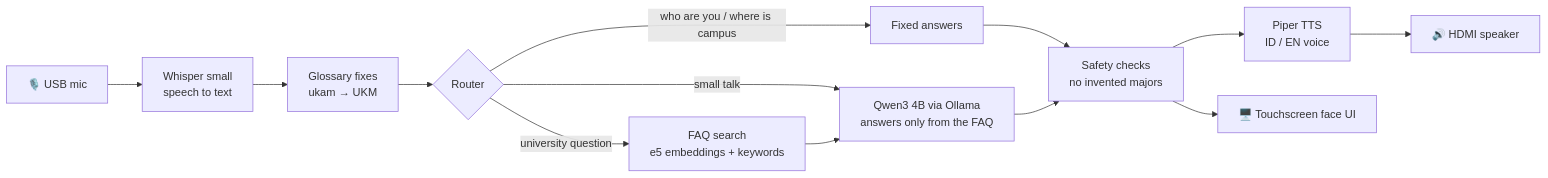
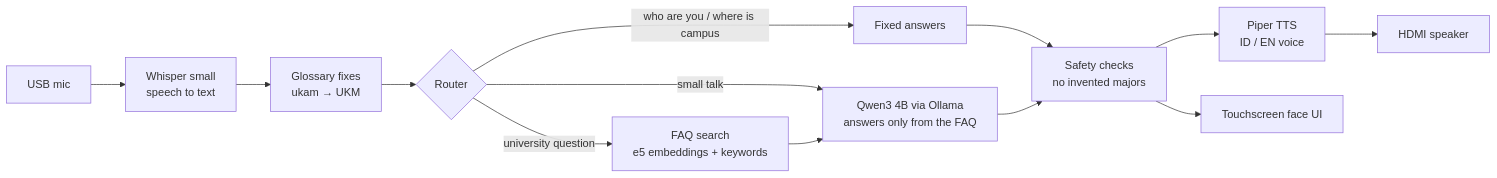
One commit to Skyresist/MIRAI changed the diagram in README.md. Above: the diagram before and after it, drawn with Mermaid. The commit also changed other lines of this file, not shown here.

````diff
--- a/README.md
+++ b/README.md
@@ -31,15 +31,15 @@
 ```mermaid
 flowchart LR
-    A[🎙️ USB mic] --> B[Whisper small<br/>speech to text]
+    A[USB mic] --> B[Whisper small<br/>speech to text]
     B --> C[Glossary fixes<br/>ukam → UKM]
     C --> D{Router}
     D -->|who are you / where is campus| E[Fixed answers]
     D -->|small talk| G
     D -->|university question| F[FAQ search<br/>e5 embeddings + keywords]
     F --> G[Qwen3 4B via Ollama<br/>answers only from the FAQ]
     E --> H[Safety checks<br/>no invented majors]
     G --> H
     H --> I[Piper TTS<br/>ID / EN voice]
-    I --> J[🔊 HDMI speaker]
-    H --> K[🖥️ Touchscreen face UI]
+    I --> J[HDMI speaker]
+    H --> K[Touchscreen face UI]
 ```
````
